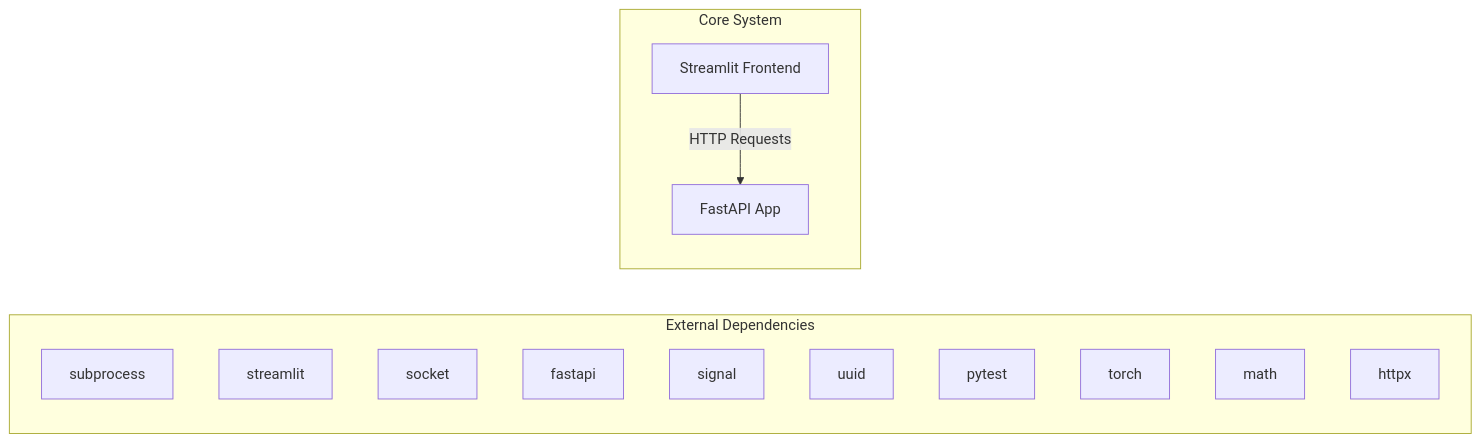
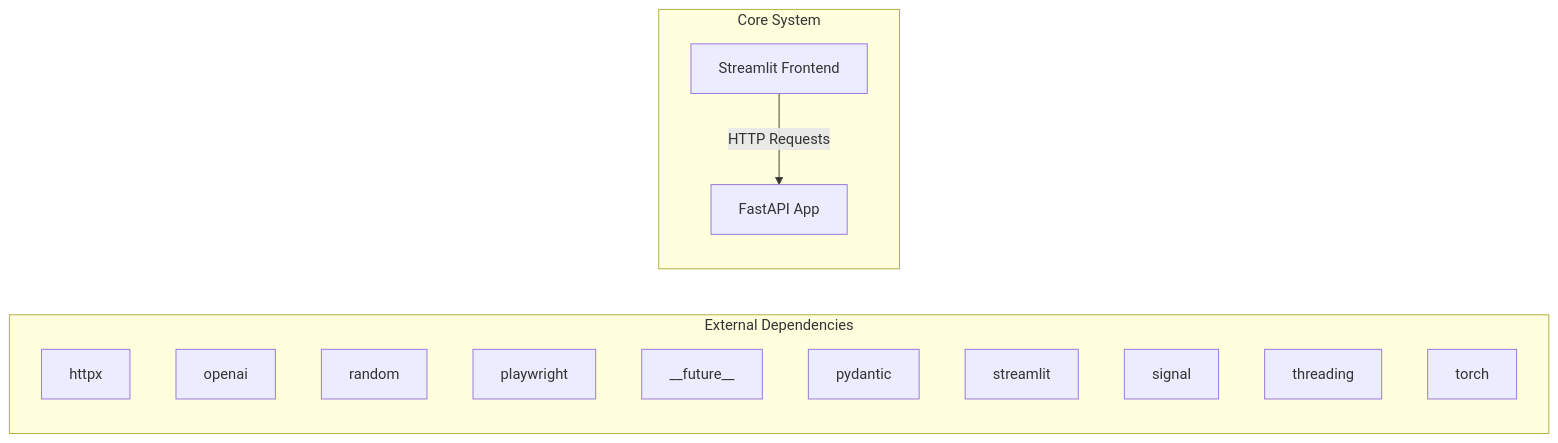
The first of 2 diagrams in docs/architecture.md (NITISH-R-G/rag-context-optimizer), drawn with Mermaid before and after one commit. The commit also changed 1 other file, not shown here.

Commit message:
docs: auto-update repository knowledge, architecture diagrams, and documentation

````diff
--- a/docs/architecture.md
+++ b/docs/architecture.md
@@ -7,20 +7,20 @@
 ```mermaid
 graph LR
     subgraph External Dependencies
-        E0["subprocess"]
-        E1["streamlit"]
-        E2["socket"]
-        E3["fastapi"]
-        E4["signal"]
-        E5["uuid"]
-        E6["pytest"]
-        E7["torch"]
-        E8["math"]
-        E9["httpx"]
+        E0["httpx"]
+        E1["openai"]
+        E2["random"]
+        E3["playwright"]
+        E4["__future__"]
+        E5["pydantic"]
+        E6["streamlit"]
+        E7["signal"]
+        E8["threading"]
+        E9["torch"]
     end
     subgraph Core System
         API["FastAPI App"]
         UI["Streamlit Frontend"]
     end
     UI -->|HTTP Requests| API
 ```
````
